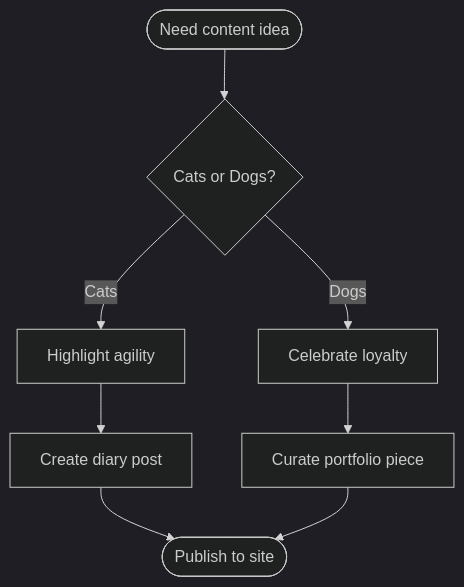
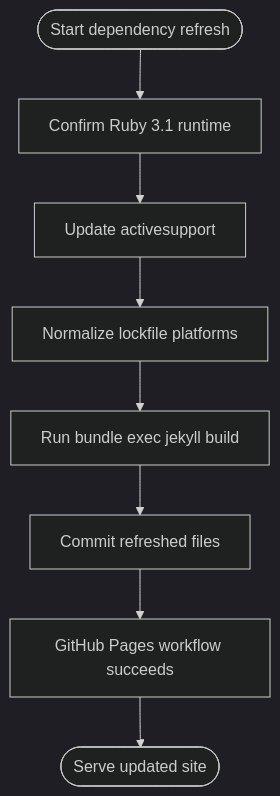
Before and after one commit to muyueh/Jekyll: the fifth of 6 diagrams in README.md, drawn with Mermaid (dark theme). The commit also changed other lines of this file and 1 other file, not shown here.

Commit message:
Refresh Ruby 3.1 dependencies

````diff
--- a/README.md
+++ b/README.md
@@ -56,10 +69,10 @@
 ```mermaid
 graph TD
-    Start([Need content idea]) --> Q{Cats or Dogs?}
-    Q -->|Cats| C1[Highlight agility]
-    Q -->|Dogs| D1[Celebrate loyalty]
-    C1 --> C2[Create diary post]
-    D1 --> D2[Curate portfolio piece]
-    C2 --> End([Publish to site])
-    D2 --> End
+    Start([Start dependency refresh]) --> CheckRuby[Confirm Ruby 3.1 runtime]
+    CheckRuby --> Update[Update activesupport]
+    Update --> Normalize[Normalize lockfile platforms]
+    Normalize --> Verify[Run bundle exec jekyll build]
+    Verify --> Commit[Commit refreshed files]
+    Commit --> Deploy[GitHub Pages workflow succeeds]
+    Deploy --> End([Serve updated site])
 ```
````
